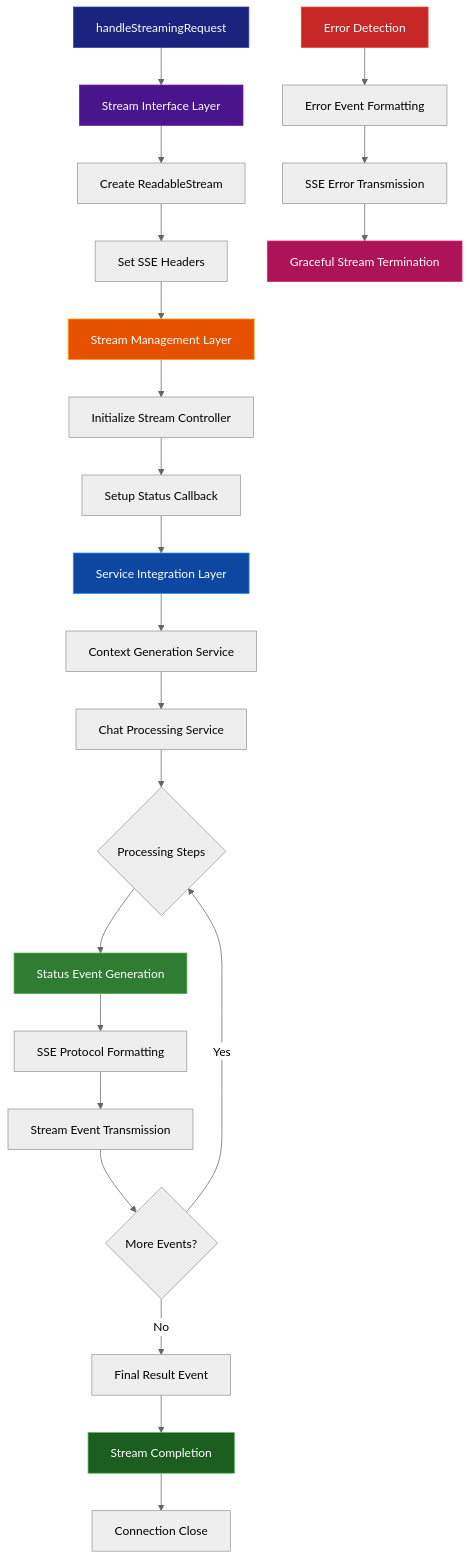
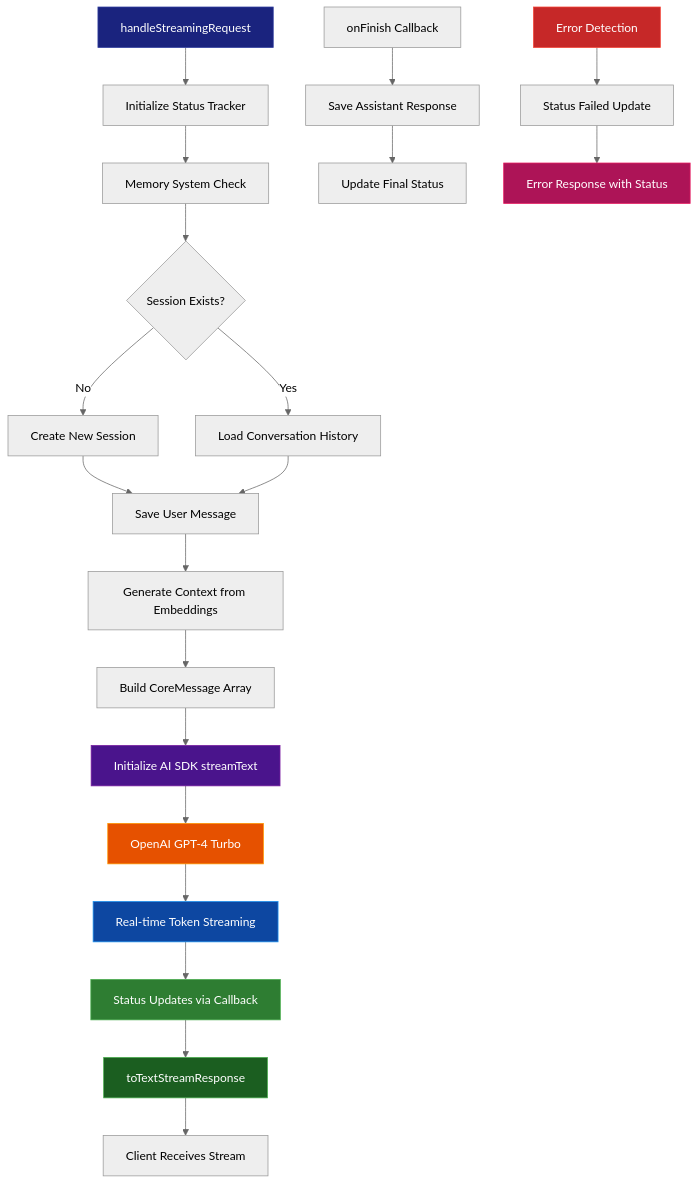
The diagram in docs/services/streaming.md (rlynjb/adventurecue), drawn with Mermaid (neutral theme) before and after one commit. The commit also changed other lines of this file and 6 other files, not shown here.

````diff
--- a/docs/services/streaming.md
+++ b/docs/services/streaming.md
@@ -61,39 +95,37 @@
 ```mermaid
 graph TD
-    A[handleStreamingRequest] --> B[Stream Interface Layer]
-    B --> C[Create ReadableStream]
-    C --> D[Set SSE Headers]
+    A[handleStreamingRequest] --> B[Initialize Status Tracker]
+    B --> C[Memory System Check]
+    C --> D{Session Exists?}
 
-    D --> E[Stream Management Layer]
-    E --> F[Initialize Stream Controller]
-    F --> G[Setup Status Callback]
+    D -->|No| E[Create New Session]
+    D -->|Yes| F[Load Conversation History]
+    E --> G[Save User Message]
+    F --> G
 
-    G --> H[Service Integration Layer]
-    H --> I[Context Generation Service]
-    I --> J[Chat Processing Service]
+    G --> H[Generate Context from Embeddings]
+    H --> I[Build CoreMessage Array]
+    I --> J[Initialize AI SDK streamText]
 
-    J --> K{Processing Steps}
-    K --> L[Status Event Generation]
-    L --> M[SSE Protocol Formatting]
-    M --> N[Stream Event Transmission]
+    J --> K[OpenAI GPT-4 Turbo]
+    K --> L[Real-time Token Streaming]
+    L --> M[Status Updates via Callback]
 
-    N --> O{More Events?}
-    O -->|Yes| K
-    O -->|No| P[Final Result Event]
+    M --> N[toTextStreamResponse]
+    N --> O[Client Receives Stream]
 
-    P --> Q[Stream Completion]
-    Q --> R[Connection Close]
+    P[onFinish Callback] --> Q[Save Assistant Response]
+    Q --> R[Update Final Status]
 
-    S[Error Detection] --> T[Error Event Formatting]
-    T --> U[SSE Error Transmission]
-    U --> V[Graceful Stream Termination]
+    S[Error Detection] --> T[Status Failed Update]
+    T --> U[Error Response with Status]
 
     style A fill:#1a237e,stroke:#303f9f,color:#ffffff
-    style B fill:#4a148c,stroke:#7b1fa2,color:#ffffff
-    style E fill:#e65100,stroke:#ff9800,color:#ffffff
-    style H fill:#0d47a1,stroke:#2196f3,color:#ffffff
-    style L fill:#2e7d32,stroke:#4caf50,color:#ffffff
+    style J fill:#4a148c,stroke:#7b1fa2,color:#ffffff
+    style K fill:#e65100,stroke:#ff9800,color:#ffffff
+    style L fill:#0d47a1,stroke:#2196f3,color:#ffffff
+    style M fill:#2e7d32,stroke:#4caf50,color:#ffffff
     style S fill:#c62828,stroke:#f44336,color:#ffffff
-    style Q fill:#1b5e20,stroke:#4caf50,color:#ffffff
-    style V fill:#ad1457,stroke:#e91e63,color:#ffffff
+    style N fill:#1b5e20,stroke:#4caf50,color:#ffffff
+    style U fill:#ad1457,stroke:#e91e63,color:#ffffff
 ```
````
